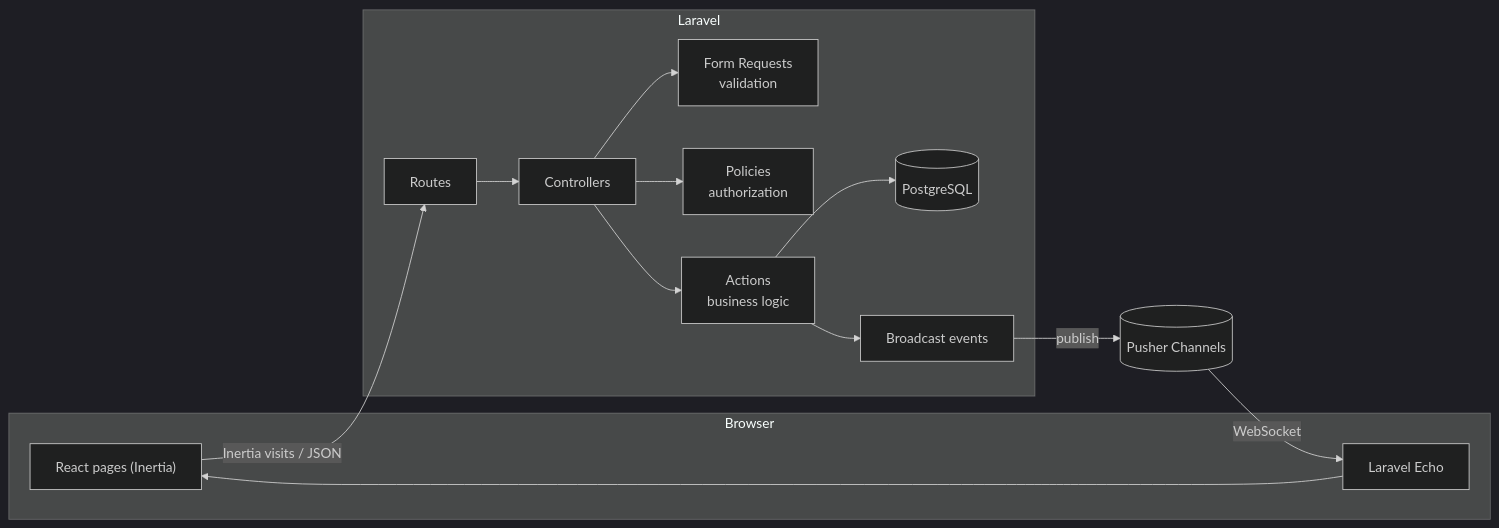
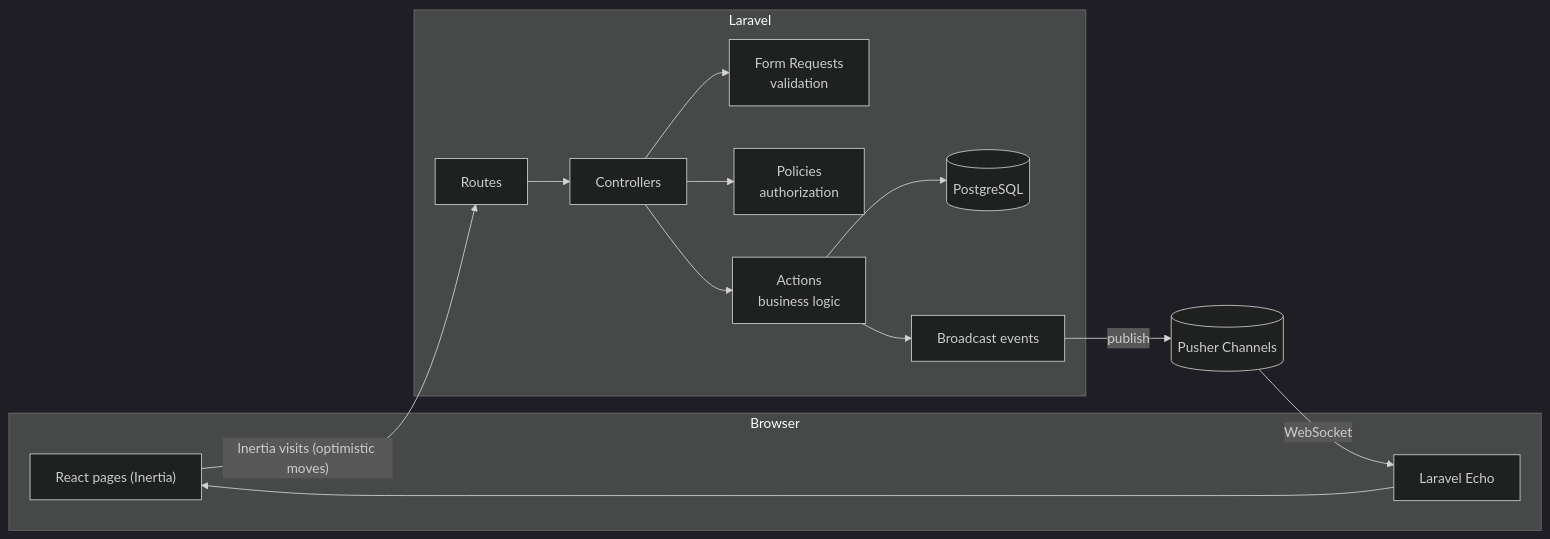
The diagram in README.md (dailaaaaan/taskflow), drawn with Mermaid (dark theme) before and after one commit. The commit also changed other lines of this file and 7 other files, not shown here.

````diff
--- a/README.md
+++ b/README.md
@@ -50,21 +50,21 @@
 ```mermaid
 flowchart LR
     subgraph Browser
         UI["React pages (Inertia)"]
         Echo["Laravel Echo"]
     end
 
     subgraph Laravel
         R["Routes"] --> C["Controllers"]
         C --> FR["Form Requests<br/>validation"]
         C --> P["Policies<br/>authorization"]
         C --> A["Actions<br/>business logic"]
         A --> DB[("PostgreSQL")]
         A --> E["Broadcast events"]
     end
 
-    UI -- "Inertia visits / JSON" --> R
+    UI -- "Inertia visits (optimistic moves)" --> R
     E -- "publish" --> Pusher[("Pusher Channels")]
     Pusher -- "WebSocket" --> Echo
     Echo --> UI
 ```
````
